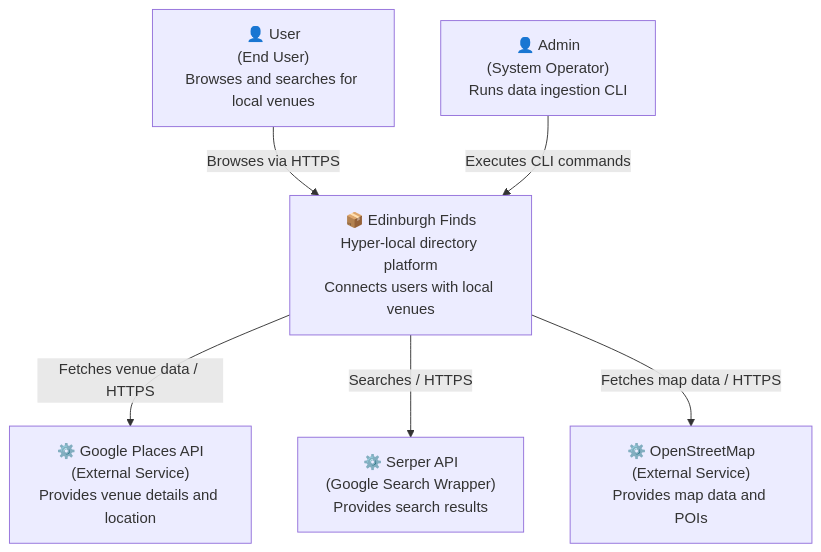
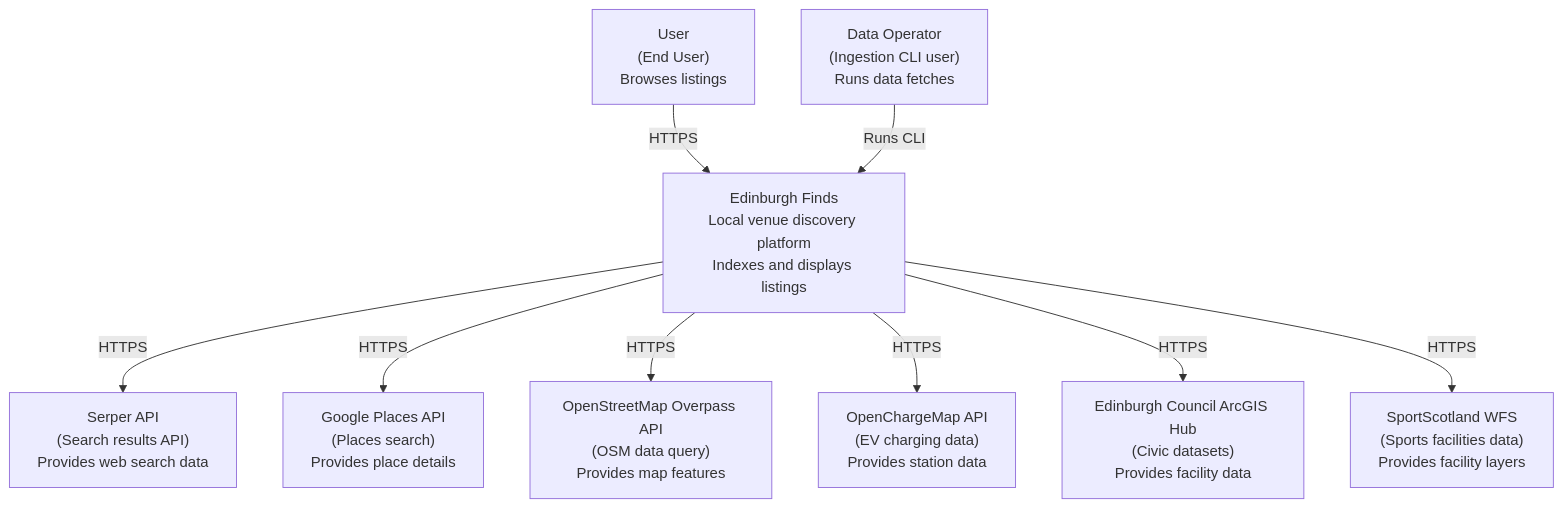
Before and after one commit to LarjGit/edinburgh-finds: the diagram in docs/architecture/c4-level1-context.md, drawn with Mermaid. The commit also changed other lines of this file and 8 other files, not shown here.

Commit message:
docs: update mermaid standards and C4 diagrams

````diff
--- a/docs/architecture/c4-level1-context.md
+++ b/docs/architecture/c4-level1-context.md
@@ -12,21 +12,24 @@
 ```mermaid
 graph TB
-    %% Users
-    User["👤 User<br/>(End User)<br/>Browses and searches for local venues"]
-    Admin["👤 Admin<br/>(System Operator)<br/>Runs data ingestion CLI"]
+    User["User<br/>(End User)<br/>Browses listings"]
+    Operator["Data Operator<br/>(Ingestion CLI user)<br/>Runs data fetches"]
 
-    %% System
-    System["📦 Edinburgh Finds<br/>Hyper-local directory platform<br/>Connects users with local venues"]
+    System["Edinburgh Finds<br/>Local venue discovery platform<br/>Indexes and displays listings"]
 
-    %% External Systems
-    GooglePlaces["⚙️ Google Places API<br/>(External Service)<br/>Provides venue details and location"]
-    Serper["⚙️ Serper API<br/>(Google Search Wrapper)<br/>Provides search results"]
-    OSM["⚙️ OpenStreetMap<br/>(External Service)<br/>Provides map data and POIs"]
+    Serper["Serper API<br/>(Search results API)<br/>Provides web search data"]
+    GooglePlaces["Google Places API<br/>(Places search)<br/>Provides place details"]
+    OSM["OpenStreetMap Overpass API<br/>(OSM data query)<br/>Provides map features"]
+    OpenChargeMap["OpenChargeMap API<br/>(EV charging data)<br/>Provides station data"]
+    EdinburghCouncil["Edinburgh Council ArcGIS Hub<br/>(Civic datasets)<br/>Provides facility data"]
+    SportScotland["SportScotland WFS<br/>(Sports facilities data)<br/>Provides facility layers"]
 
-    %% Relationships
-    User -->|"Browses via HTTPS"| System
-    Admin -->|"Executes CLI commands"| System
-    System -->|"Fetches venue data / HTTPS"| GooglePlaces
-    System -->|"Searches / HTTPS"| Serper
-    System -->|"Fetches map data / HTTPS"| OSM
+    User -->|"HTTPS"| System
+    Operator -->|"Runs CLI"| System
+
+    System -->|"HTTPS"| Serper
+    System -->|"HTTPS"| GooglePlaces
+    System -->|"HTTPS"| OSM
+    System -->|"HTTPS"| OpenChargeMap
+    System -->|"HTTPS"| EdinburghCouncil
+    System -->|"HTTPS"| SportScotland
 ```
````
